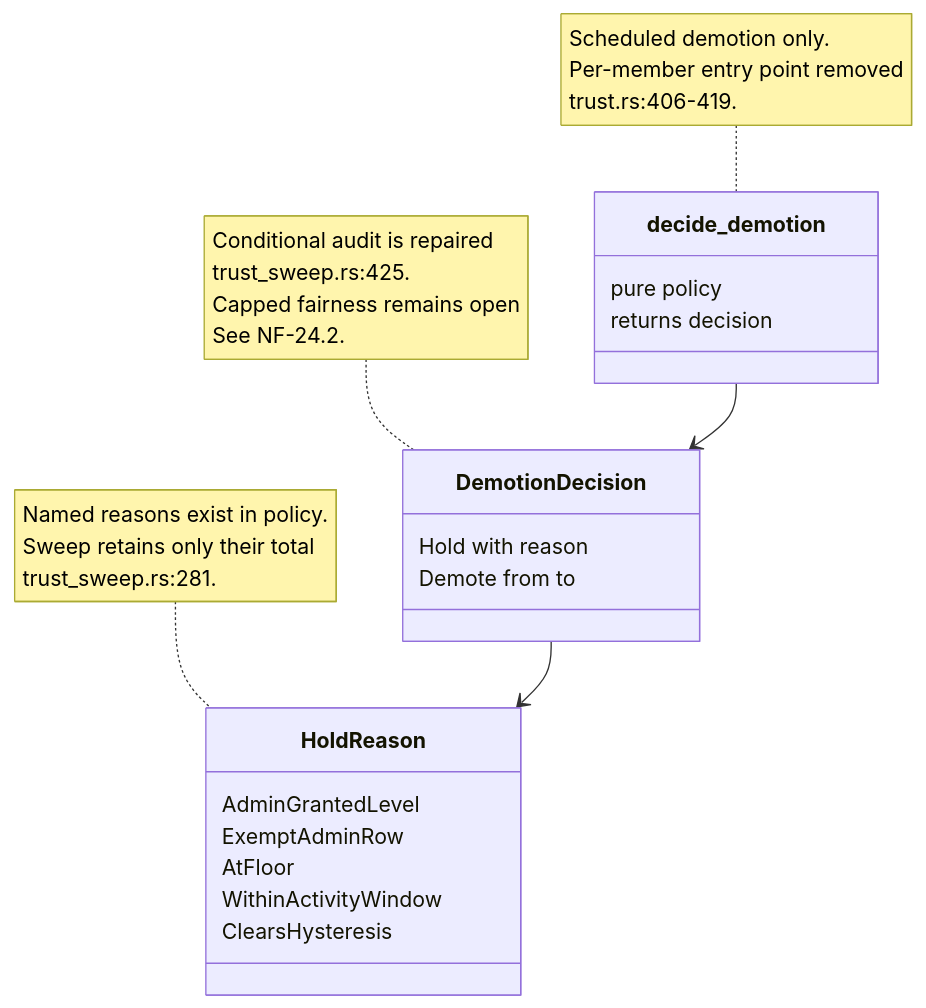
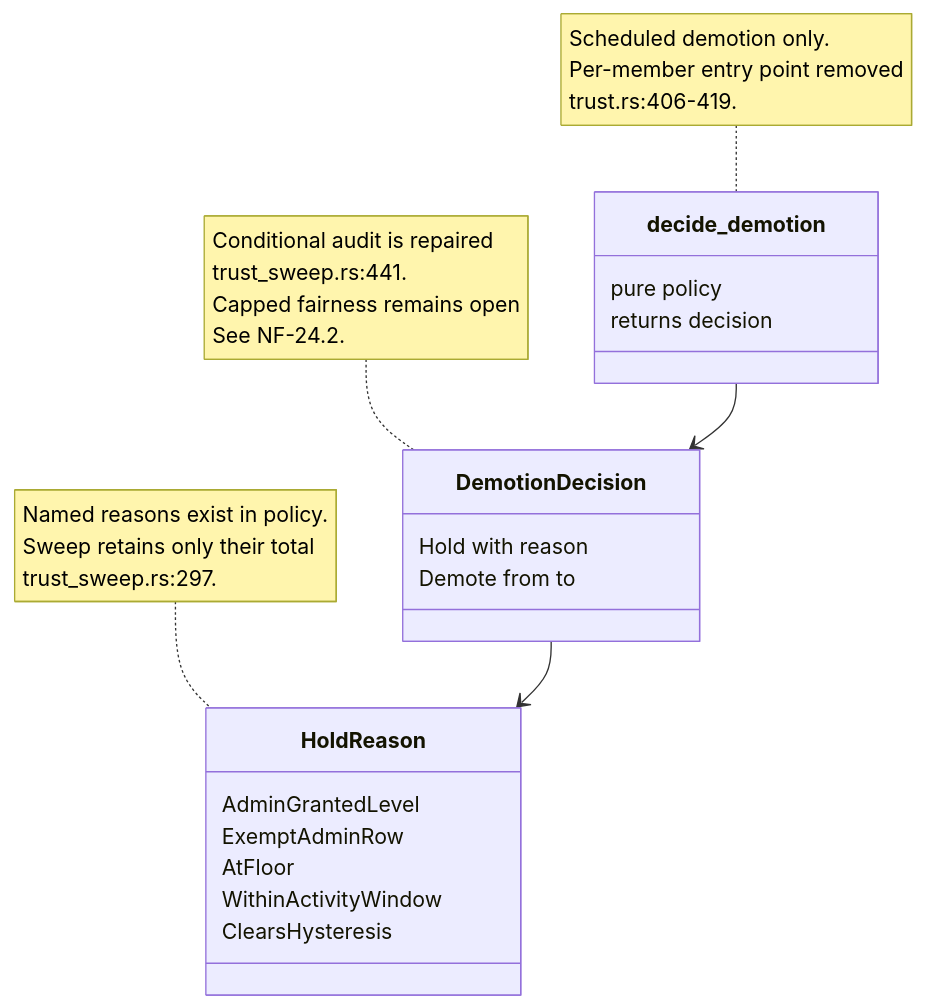
The ninth of 14 diagrams in docs/diagrams/nostr-rust-forum/03-relay-worker-admission-auth-and-trust.md (DreamLab-AI/VisionFlow), drawn with Mermaid before and after one commit. The commit also changed other lines of this file and 154 other files, not shown here.

First line of the commit message:
docs(diagrams): re-stamp 154 topics whose every citation still reads the same text at the current heads

````diff
--- a/docs/diagrams/nostr-rust-forum/03-relay-worker-admission-auth-and-trust.md
+++ b/docs/diagrams/nostr-rust-forum/03-relay-worker-admission-auth-and-trust.md
@@ -263,26 +263,26 @@
 ```mermaid
 classDiagram
     %% Source: ../nostr-rust-forum/crates/nostr-bbs-relay-worker/src/trust.rs:285
     class HoldReason {
         AdminGrantedLevel
         ExemptAdminRow
         AtFloor
         WithinActivityWindow
         ClearsHysteresis
     }
     %% Source: ../nostr-rust-forum/crates/nostr-bbs-relay-worker/src/trust.rs:308
     class DemotionDecision {
         Hold with reason
         Demote from to
     }
     %% Source: ../nostr-rust-forum/crates/nostr-bbs-relay-worker/src/trust.rs:326
     class decide_demotion {
         pure policy
         returns decision
     }
     decide_demotion --> DemotionDecision
     DemotionDecision --> HoldReason
-    note for HoldReason "Named reasons exist in policy.<br/>Sweep retains only their total<br/>trust_sweep.rs:281."
+    note for HoldReason "Named reasons exist in policy.<br/>Sweep retains only their total<br/>trust_sweep.rs:297."
     note for decide_demotion "Scheduled demotion only.<br/>Per-member entry point removed<br/>trust.rs:406-419."
-    note for DemotionDecision "Conditional audit is repaired<br/>trust_sweep.rs:425.<br/>Capped fairness remains open<br/>See NF-24.2."
+    note for DemotionDecision "Conditional audit is repaired<br/>trust_sweep.rs:441.<br/>Capped fairness remains open<br/>See NF-24.2."
 ```
````
